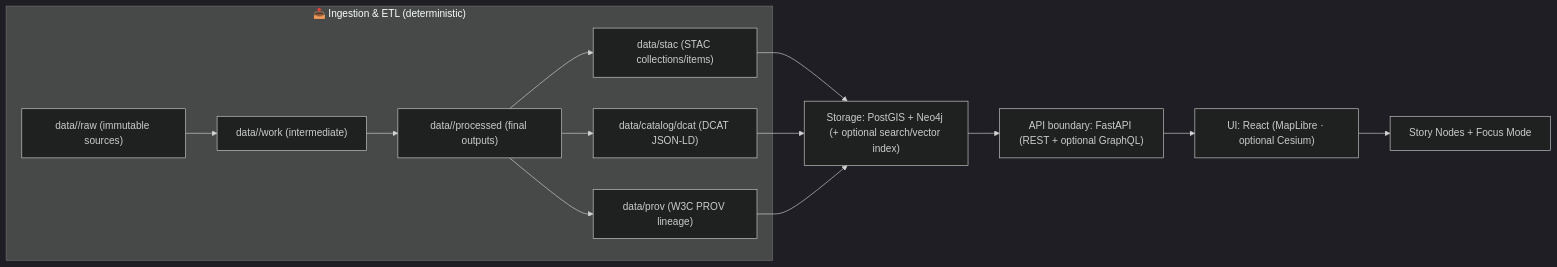
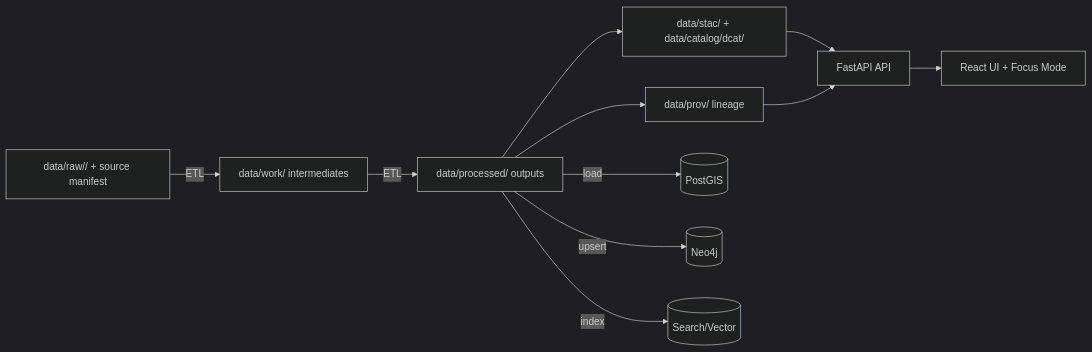
The second of 2 diagrams in README.md (bartytime4life/Kansas-Frontier-Matrix), drawn with Mermaid (dark theme) before and after one commit. The commit also changed other lines of this file, not shown here.

````diff
--- a/README.md
+++ b/README.md
@@ -161,19 +222,14 @@
 ```mermaid
 flowchart LR
-  subgraph Ingestion["📥 Ingestion & ETL (deterministic)"]
-    raw["data/<domain>/raw (immutable sources)"] --> work["data/<domain>/work (intermediate)"]
-    work --> processed["data/<domain>/processed (final outputs)"]
+  RAW[data/raw/<domain>/ + source manifest] -->|ETL| WORK[data/work/ intermediates]
+  WORK -->|ETL| PROC[data/processed/ outputs]
+  PROC --> META[data/stac/ + data/catalog/dcat/]
+  PROC --> PROV[data/prov/ lineage]
+  PROC -->|load| PG[(PostGIS)]
+  PROC -->|upsert| N4J[(Neo4j)]
+  PROC -->|index| SRCH[(Search/Vector)]
 
-    processed --> stac["data/stac (STAC collections/items)"]
-    processed --> dcat["data/catalog/dcat (DCAT JSON-LD)"]
-    processed --> prov["data/prov (W3C PROV lineage)"]
-  end
-
-  stac --> storage["Storage: PostGIS + Neo4j (+ optional search/vector index)"]
-  dcat --> storage
-  prov --> storage
-
-  storage --> api["API boundary: FastAPI (REST + optional GraphQL)"]
-  api --> ui["UI: React (MapLibre · optional Cesium)"]
-  ui --> story["Story Nodes + Focus Mode"]
+  META --> API[FastAPI API]
+  PROV --> API
+  API --> UI[React UI + Focus Mode]
 ```
````
